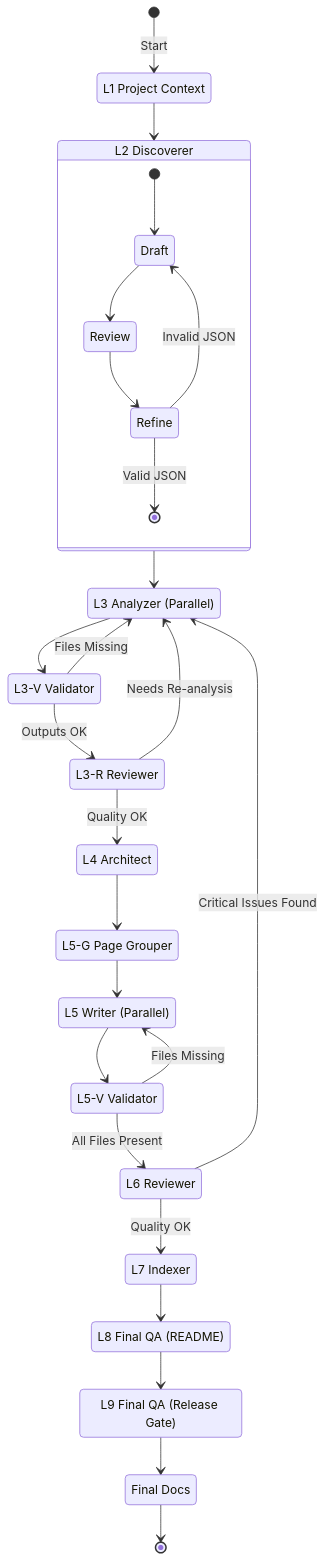
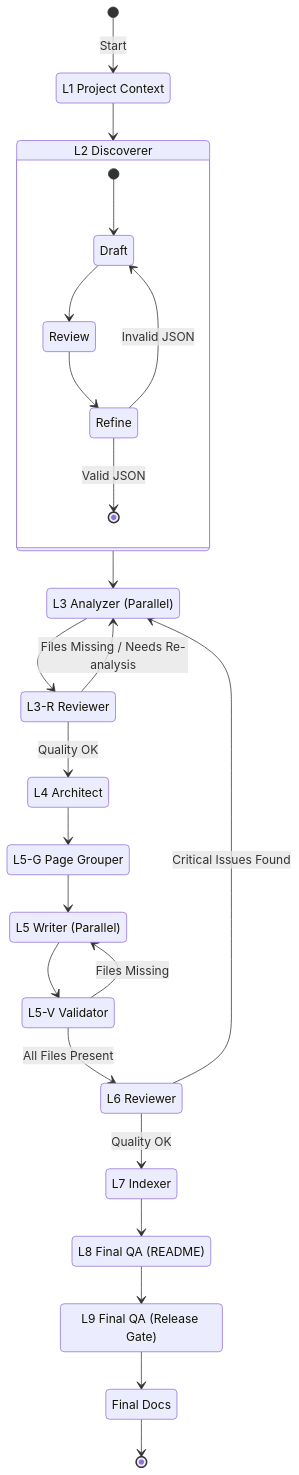
Before and after one commit to ifapmzadu6/vscode-copilot-deepwiki-extention: the diagram in README.md, drawn with Mermaid. The commit also changed other lines of this file and 2 other files, not shown here.

Commit message:
fix: remove L3V stage to prevent context overflow (#131)
* fix: remove L3V stage to prevent context overflow

L3V was validating all components at once, causing context size overflow
on large projects. L3R now handles file existence check and triggers
retries directly, making L3V redundant.

Changes:
- Add file existence check to L3R workflow (step 1)
- Remove L3V execution code and related variables
- Remove L3V from pipeline overview and directory creation
- Bump version to 1.14.1

* docs: update README to reflect L3V removal

- Remove L3V from pipeline diagram (L3 now flows directly to L3R)
- Replace L3-V Validator description with L3-R Reviewer explanation
- Remove L3V directory from intermediate output structure

---------

````diff
--- a/README.md
+++ b/README.md
@@ -23,51 +23,48 @@
 ```mermaid
 stateDiagram-v2
     [*] --> L1: Start
 
     L1: L1 Project Context
     L2: L2 Discoverer
     L3: L3 Analyzer (Parallel)
-	    L3V: L3-V Validator
 	    L3R: L3-R Reviewer
 	    L4: L4 Architect
 	    L5G: L5-G Page Grouper
 	    L5: L5 Writer (Parallel)
 	    L5V: L5-V Validator
 	    L6: L6 Reviewer
     L7: L7 Indexer
     L8: L8 Final QA (README)
     L9: L9 Final QA (Release Gate)
     Done: Final Docs
 
     L1 --> L2
-    
+
     state L2 {
         [*] --> Draft
         Draft --> Review
         Review --> Refine
         Refine --> [*]: Valid JSON
         Refine --> Draft: Invalid JSON
     }
-    
+
     L2 --> L3
-    
-    L3 --> L3V
-    L3V --> L3: Files Missing
-    L3V --> L3R: Outputs OK
-    L3R --> L3: Needs Re-analysis
+
+    L3 --> L3R
+    L3R --> L3: Files Missing / Needs Re-analysis
 	    L3R --> L4: Quality OK
 	    
 	    L4 --> L5G
 	    L5G --> L5
 	    L5 --> L5V
 	    L5V --> L5: Files Missing
 	    L5V --> L6: All Files Present
     
     L6 --> L3: Critical Issues Found
     L6 --> L7: Quality OK
     
     L7 --> L8
     L8 --> L9
     L9 --> Done
     Done --> [*]
 ```
````
